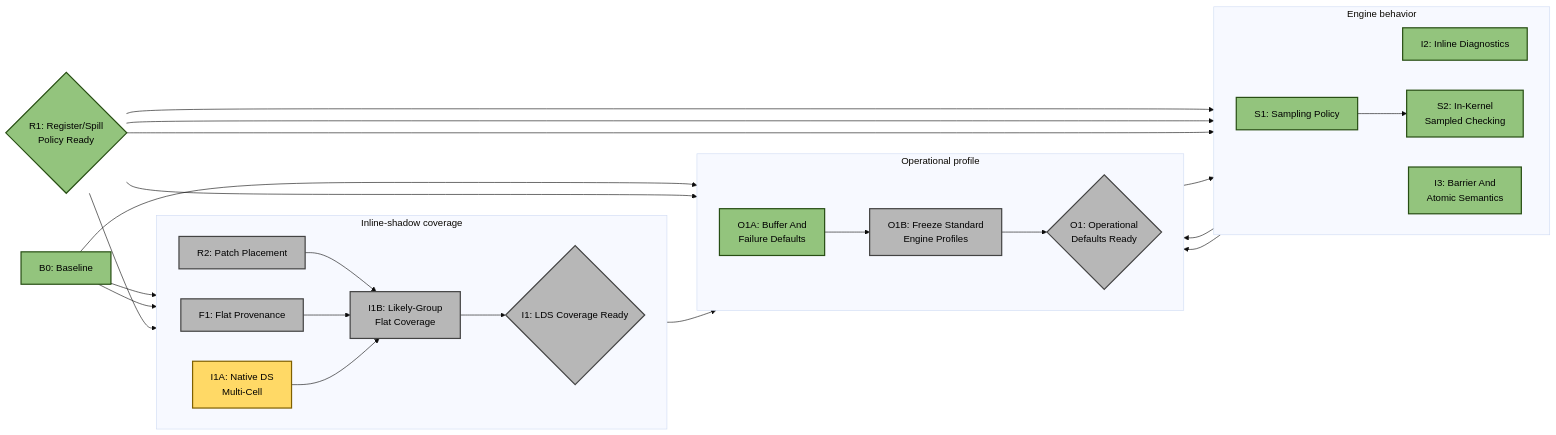
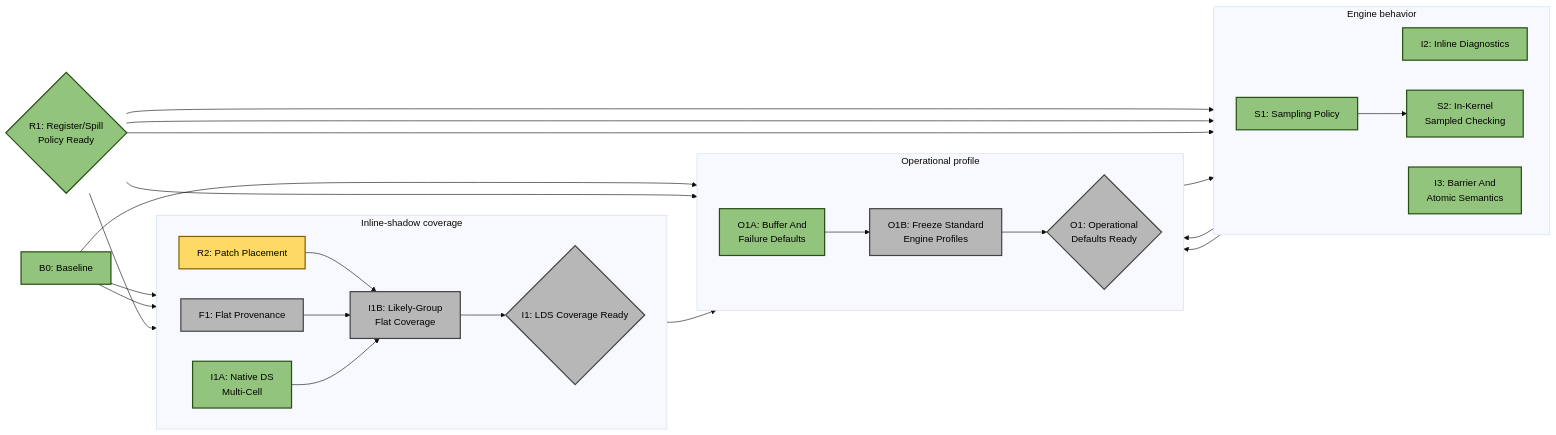
One commit to ROCm/rocm-systems changed the second of 4 diagrams in emulation/rocjitsu/docs/consan/PLAN.md. Above: the diagram before and after it, drawn with Mermaid (base theme). The commit also changed other lines of this file and 7 other files, not shown here.

Commit message:
Qualify native multi-cell inline shadow

````diff
--- a/emulation/rocjitsu/docs/consan/PLAN.md
+++ b/emulation/rocjitsu/docs/consan/PLAN.md
@@ -120,56 +120,56 @@
 ```mermaid
 flowchart LR
   B0["B0: Baseline"]:::done
   R1{"R1: Register/Spill<br/>Policy Ready"}:::done
 
   subgraph INLINE["Inline-shadow coverage"]
     direction LR
-    R2["R2: Patch Placement"]:::todo
+    R2["R2: Patch Placement"]:::active
     F1["F1: Flat Provenance"]:::todo
-    I1A["I1A: Native DS<br/>Multi-Cell"]:::active
+    I1A["I1A: Native DS<br/>Multi-Cell"]:::done
     I1B["I1B: Likely-Group<br/>Flat Coverage"]:::todo
     I1{"I1: LDS Coverage Ready"}:::todo
 
     R2 --> I1B
     F1 --> I1B
     I1A --> I1B
     I1B --> I1
   end
 
   subgraph BEHAVIOR["Engine behavior"]
     direction LR
     I2["I2: Inline Diagnostics"]:::done
     I3["I3: Barrier And<br/>Atomic Semantics"]:::done
     S1["S1: Sampling Policy"]:::done
     S2["S2: In-Kernel<br/>Sampled Checking"]:::done
 
     S1 --> S2
   end
 
   subgraph OPS["Operational profile"]
     direction LR
     O1A["O1A: Buffer And<br/>Failure Defaults"]:::done
     O1B["O1B: Freeze Standard<br/>Engine Profiles"]:::todo
     O1{"O1: Operational<br/>Defaults Ready"}:::todo
 
     O1A --> O1B
     O1B --> O1
   end
 
   B0 --> R2
   B0 --> F1
   B0 --> O1A
   R1 --> I1A
   R1 --> I2
   R1 --> I3
   R1 --> S1
   R1 --> O1B
   O1A --> I2
   I1 --> O1B
   I3 --> O1B
   S1 --> O1B
 
   classDef done fill:#93c47d,stroke:#274e13,stroke-width:2px,color:#000;
   classDef active fill:#ffd966,stroke:#7f6000,stroke-width:2px,color:#000;
   classDef todo fill:#b7b7b7,stroke:#434343,stroke-width:2px,color:#000;
 ```
````
